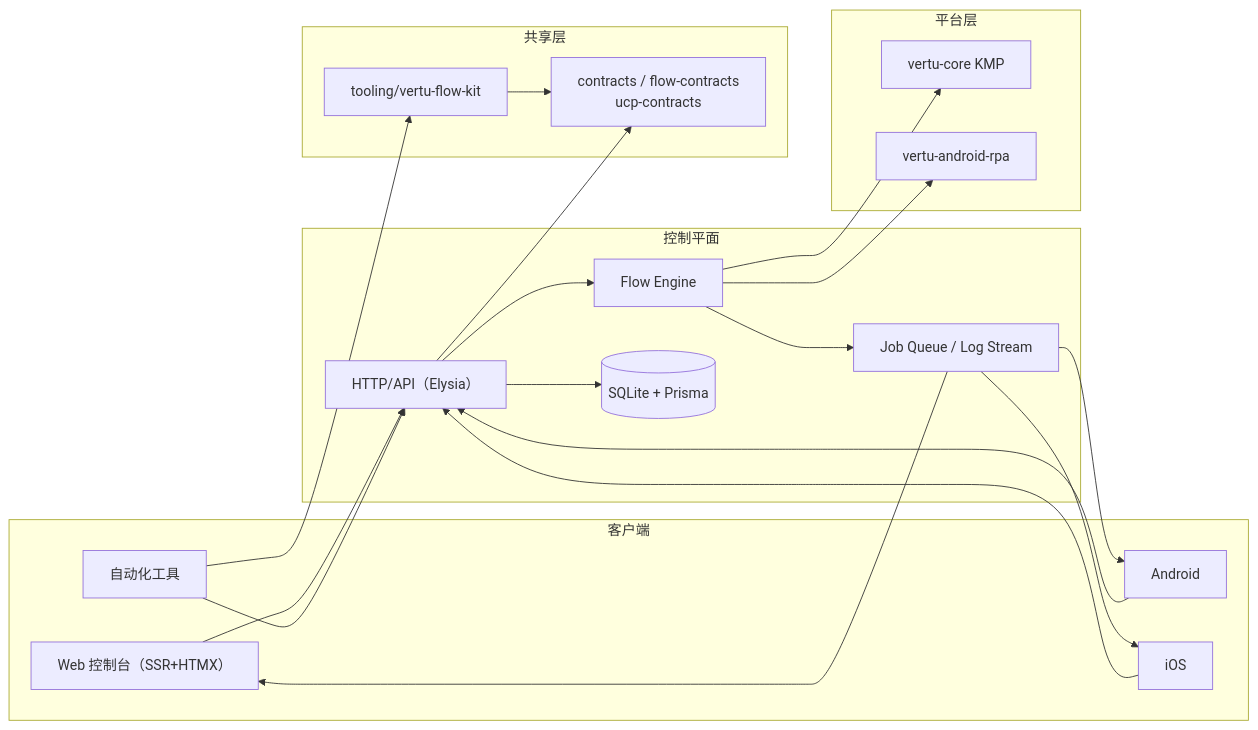
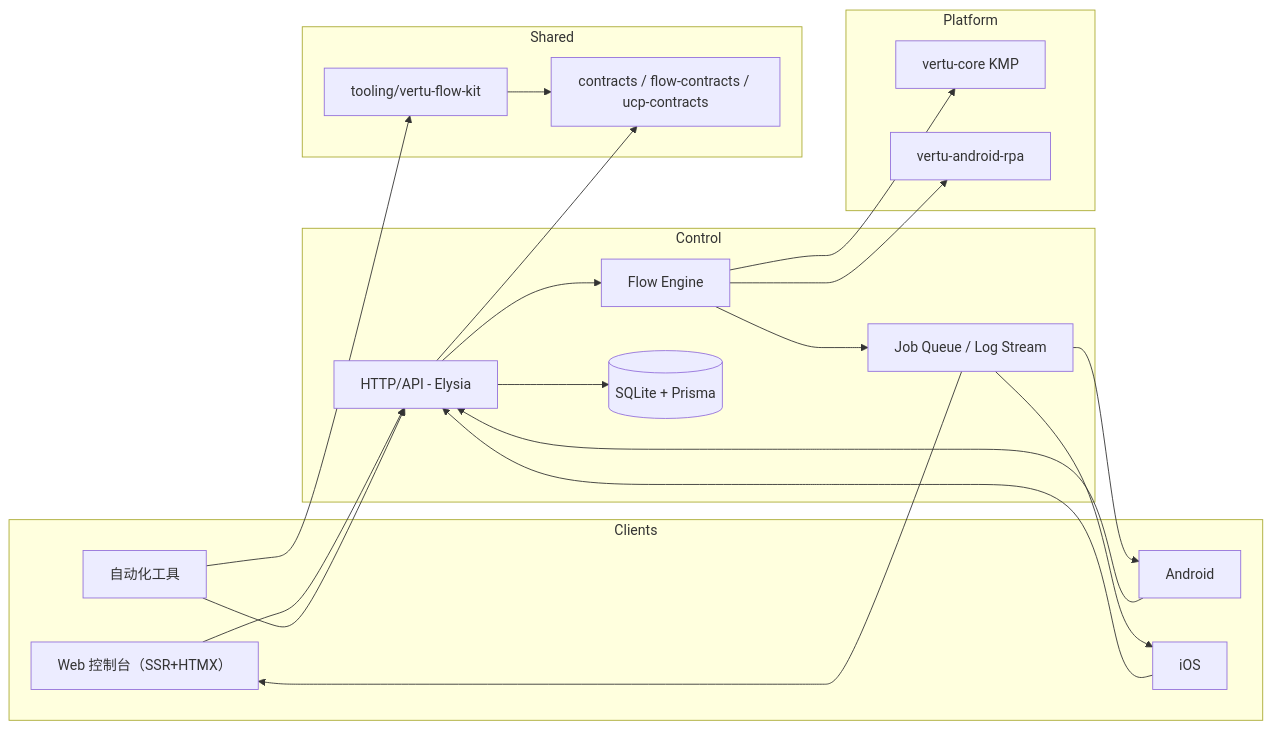
One commit to d4551/vertu-edge changed the fourth of 6 diagrams in README.md. Above: the diagram before and after it, drawn with Mermaid. The commit also changed other lines of this file, not shown here.

Commit message:
docs: harden Mermaid syntax for GitHub render

````diff
--- a/README.md
+++ b/README.md
@@ -311,42 +311,42 @@
 ```mermaid
 flowchart LR
-  subgraph Clients["客户端"]
+  subgraph Clients
     A["Web 控制台（SSR+HTMX）"]
     B["Android"]
     C["iOS"]
     D["自动化工具"]
   end
 
-  subgraph Control["控制平面"]
-    E["HTTP/API（Elysia）"]
+  subgraph Control
+    E["HTTP/API - Elysia"]
     F["Flow Engine"]
     G[(SQLite + Prisma)]
     H["Job Queue / Log Stream"]
   end
 
-  subgraph Shared["共享层"]
-    I["contracts / flow-contracts<br/>ucp-contracts"]
+  subgraph Shared
+    I["contracts / flow-contracts / ucp-contracts"]
     J["tooling/vertu-flow-kit"]
   end
 
-  subgraph Platform["平台层"]
+  subgraph Platform
     K["vertu-core KMP"]
     L["vertu-android-rpa"]
   end
 
   A --> E
   B --> E
   C --> E
   D --> E
   D --> J
   E --> I
   J --> I
   E --> F
   F --> K
   F --> L
   E --> G
   F --> H
   H --> A
   H --> B
   H --> C
 ```
````
